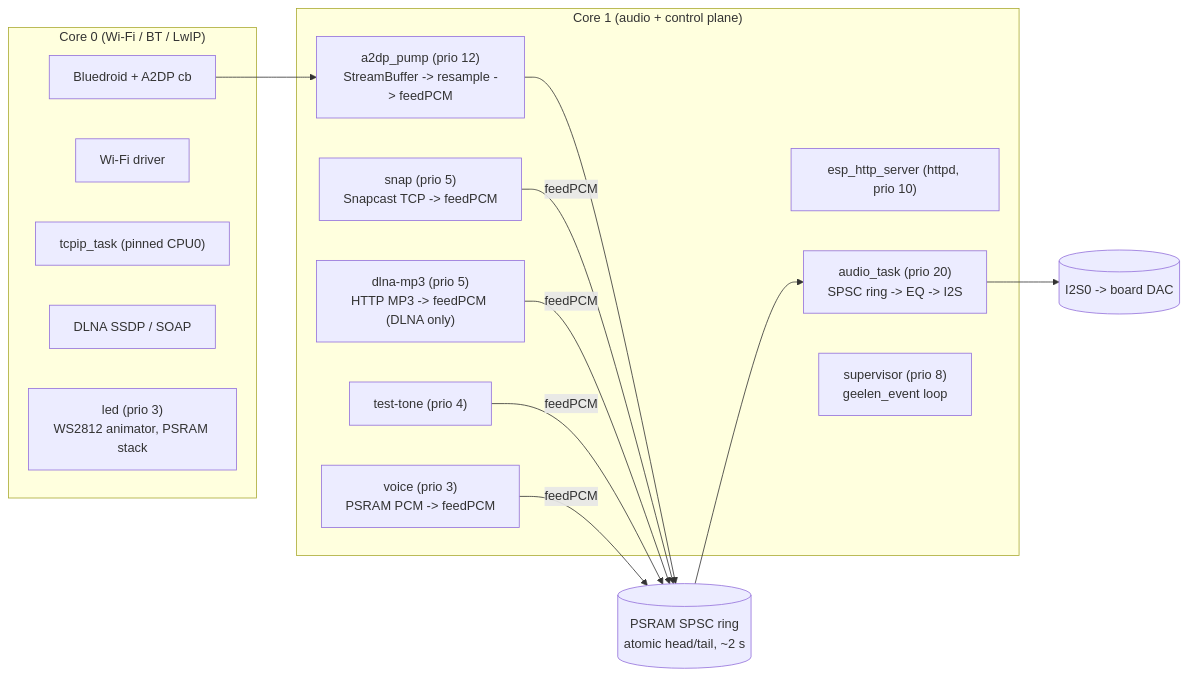
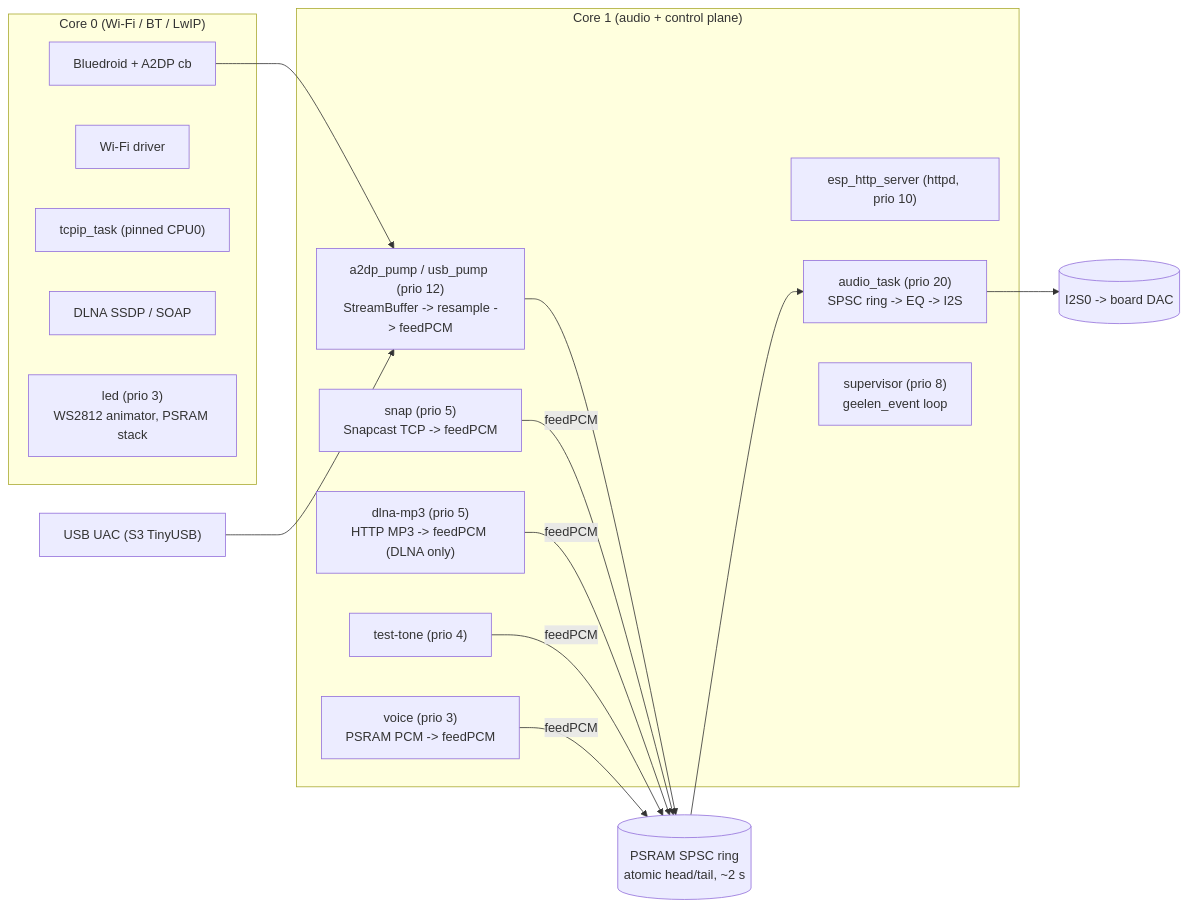
Before and after one commit to geelenaudio/paretoamp: the first of 2 diagrams in docs/architecture.md, drawn with Mermaid. The commit also changed other lines of this file and 66 other files, not shown here.

````diff
--- a/docs/architecture.md
+++ b/docs/architecture.md
@@ -21,32 +21,33 @@
 ```mermaid
 flowchart LR
   subgraph Core0["Core 0 (Wi-Fi / BT / LwIP)"]
     BT["Bluedroid + A2DP cb"]
     WIFI["Wi-Fi driver"]
     TCPIP["tcpip_task (pinned CPU0)"]
     DLNA_TX["DLNA SSDP / SOAP"]
     LED["led (prio 3)<br/>WS2812 animator, PSRAM stack"]
   end
 
   subgraph Core1["Core 1 (audio + control plane)"]
     HTTP["esp_http_server (httpd, prio 10)"]
-    PUMP["a2dp_pump (prio 12)<br/>StreamBuffer -> resample -> feedPCM"]
+    PUMP["a2dp_pump / usb_pump (prio 12)<br/>StreamBuffer -> resample -> feedPCM"]
     AUDIO["audio_task (prio 20)<br/>SPSC ring -> EQ -> I2S"]
     SNAP["snap (prio 5)<br/>Snapcast TCP -> feedPCM"]
     MP3["dlna-mp3 (prio 5)<br/>HTTP MP3 -> feedPCM (DLNA only)"]
     VOICE["voice (prio 3)<br/>PSRAM PCM -> feedPCM"]
     TT["test-tone (prio 4)"]
     SUP["supervisor (prio 8)<br/>geelen_event loop"]
   end
 
   RING[(PSRAM SPSC ring<br/>atomic head/tail, ~2 s)]
 
   BT --> PUMP
+  USB["USB UAC (S3 TinyUSB)"] --> PUMP
   PUMP --> RING
   SNAP -- feedPCM --> RING
   MP3 -- feedPCM --> RING
   TT -- feedPCM --> RING
   VOICE -- feedPCM --> RING
   RING --> AUDIO
   AUDIO --> I2S[(I2S0 -> board DAC)]
 ```
````
